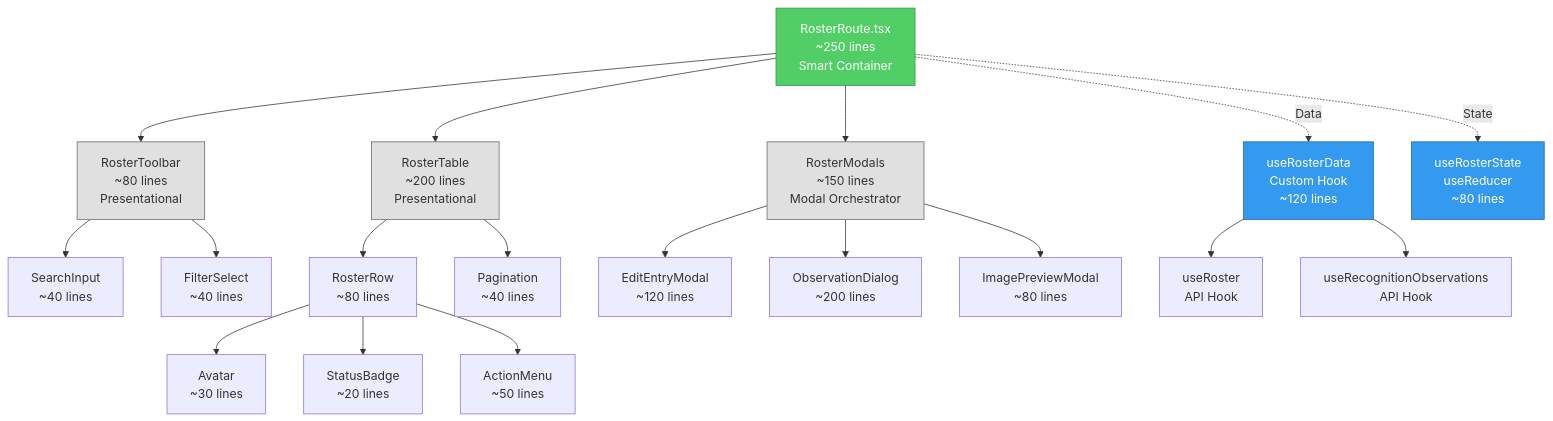
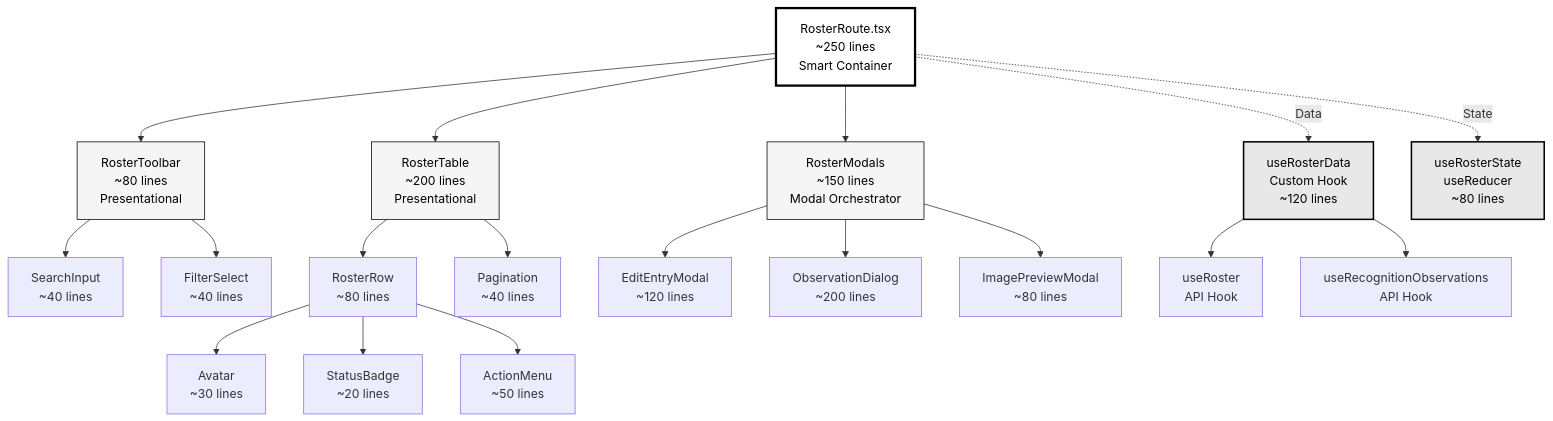
One commit to darce/context-alt-text-monorepo changed the second of 5 diagrams in docs/architecture/rules/component-architecture-patterns.md. Above: the diagram before and after it, drawn with Mermaid. The commit also changed other lines of this file and 4 other files, not shown here.

````diff
--- a/docs/architecture/rules/component-architecture-patterns.md
+++ b/docs/architecture/rules/component-architecture-patterns.md
@@ -57,35 +57,35 @@
 ```mermaid
 graph TD
     RosterRoute["RosterRoute.tsx<br/>~250 lines<br/>Smart Container"]
 
     RosterRoute --> RosterToolbar["RosterToolbar<br/>~80 lines<br/>Presentational"]
     RosterRoute --> RosterTable["RosterTable<br/>~200 lines<br/>Presentational"]
     RosterRoute --> RosterModals["RosterModals<br/>~150 lines<br/>Modal Orchestrator"]
 
     RosterToolbar --> SearchInput["SearchInput<br/>~40 lines"]
     RosterToolbar --> FilterSelect["FilterSelect<br/>~40 lines"]
 
     RosterTable --> RosterRow["RosterRow<br/>~80 lines"]
     RosterTable --> Pagination["Pagination<br/>~40 lines"]
 
     RosterRow --> Avatar["Avatar<br/>~30 lines"]
     RosterRow --> StatusBadge["StatusBadge<br/>~20 lines"]
     RosterRow --> ActionMenu["ActionMenu<br/>~50 lines"]
 
     RosterModals --> EditEntryModal["EditEntryModal<br/>~120 lines"]
     RosterModals --> ObservationDialog["ObservationDialog<br/>~200 lines"]
     RosterModals --> ImagePreviewModal["ImagePreviewModal<br/>~80 lines"]
 
     RosterRoute -.->|"Data"| useRosterData["useRosterData<br/>Custom Hook<br/>~120 lines"]
     RosterRoute -.->|"State"| useRosterState["useRosterState<br/>useReducer<br/>~80 lines"]
 
     useRosterData --> useRoster["useRoster<br/>API Hook"]
     useRosterData --> useRecognitionObs["useRecognitionObservations<br/>API Hook"]
 
-    style RosterRoute fill:#51cf66,stroke:#2f9e44,color:#fff
-    style useRosterData fill:#339af0,stroke:#1864ab,color:#fff
-    style useRosterState fill:#339af0,stroke:#1864ab,color:#fff
-    style RosterToolbar fill:#e0e0e0,stroke:#666
-    style RosterTable fill:#e0e0e0,stroke:#666
-    style RosterModals fill:#e0e0e0,stroke:#666
+    style RosterRoute fill:#fff,stroke:#000,color:#000,stroke-width:3px
+    style useRosterData fill:#e8e8e8,stroke:#000,color:#000,stroke-width:2px
+    style useRosterState fill:#e8e8e8,stroke:#000,color:#000,stroke-width:2px
+    style RosterToolbar fill:#f5f5f5,stroke:#000,color:#000
+    style RosterTable fill:#f5f5f5,stroke:#000,color:#000
+    style RosterModals fill:#f5f5f5,stroke:#000,color:#000
 ```
````
